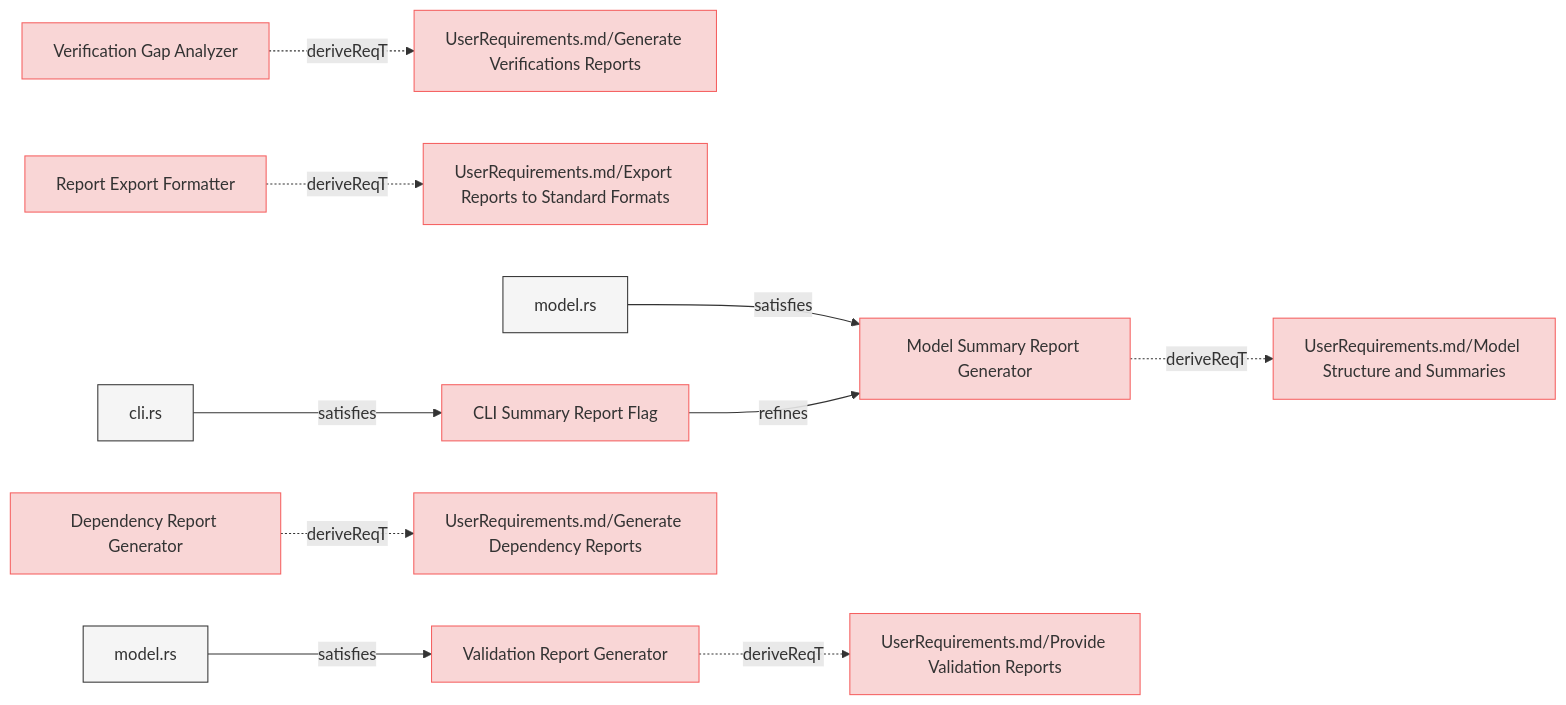
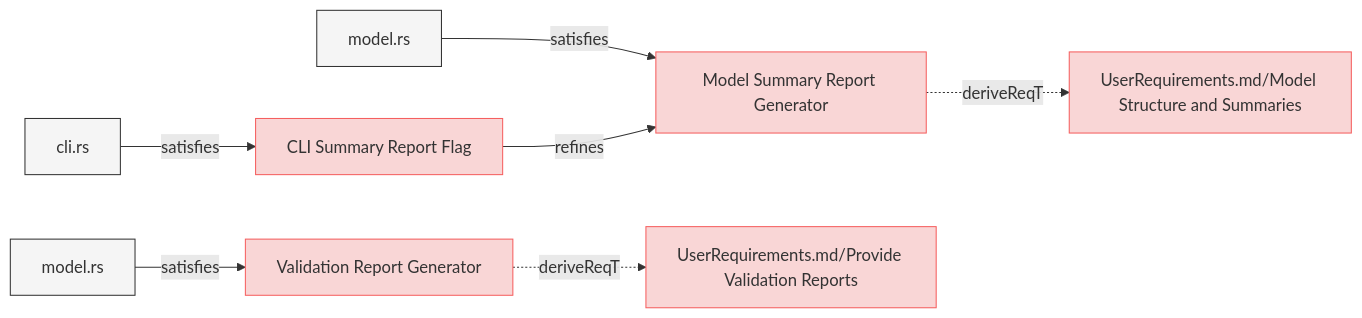
One commit to reqvire-org/reqvire changed the eighth of 8 diagrams in specifications/SystemRequirements/Requirements.md. Above: the diagram before and after it, drawn with Mermaid. The commit also changed other lines of this file and 17 other files, not shown here.

First line of the commit message:
Enhance diagram links with stable git repository URLs

````diff
--- a/specifications/SystemRequirements/Requirements.md
+++ b/specifications/SystemRequirements/Requirements.md
@@ -1019,60 +1027,39 @@
 ```mermaid
 graph LR;
   %% Graph styling
   classDef requirement fill:#f9d6d6,stroke:#f55f5f,stroke-width:1px;
   classDef verification fill:#d6f9d6,stroke:#5fd75f,stroke-width:1px;
   classDef externalLink fill:#d0e0ff,stroke:#3080ff,stroke-width:1px;
   classDef default fill:#f5f5f5,stroke:#333333,stroke-width:1px;
 
-  d842bc0e30a46408["Verification Gap Analyzer"];
-  click d842bc0e30a46408 "Requirements.md#verification-gap-analyzer";
-  class d842bc0e30a46408 requirement;
-  d0e9e8d143493413["UserRequirements.md/Generate Verifications Reports"];
-  class d0e9e8d143493413 requirement;
-  click d0e9e8d143493413 "../UserRequirements.md#generate-verifications-reports";
-  d842bc0e30a46408 -.->|deriveReqT| d0e9e8d143493413;
-  2ccb7e551054d40a["Report Export Formatter"];
-  click 2ccb7e551054d40a "Requirements.md#report-export-formatter";
-  class 2ccb7e551054d40a requirement;
-  2afa7f3a206a61b7["UserRequirements.md/Export Reports to Standard Formats"];
-  class 2afa7f3a206a61b7 requirement;
-  click 2afa7f3a206a61b7 "../UserRequirements.md#export-reports-to-standard-formats";
-  2ccb7e551054d40a -.->|deriveReqT| 2afa7f3a206a61b7;
   cccd4e46e2b3239a["Model Summary Report Generator"];
-  click cccd4e46e2b3239a "Requirements.md#model-summary-report-generator";
+  click cccd4e46e2b3239a "https://github.com/ilijaljubicic/ReqFlow/blob/a94231473c9a4a56fe21608ebd13787e0cc3f2dc/specifications/SystemRequirements/Requirements.md#model-summary-report-generator";
   class cccd4e46e2b3239a requirement;
   b342220e0dc8751d["UserRequirements.md/Model Structure and Summaries"];
   class b342220e0dc8751d requirement;
-  click b342220e0dc8751d "../UserRequirements.md#model-structure-and-summaries";
+  click b342220e0dc8751d "https://github.com/ilijaljubicic/ReqFlow/blob/a94231473c9a4a56fe21608ebd13787e0cc3f2dc/specifications/UserRequirements.md#model-structure-and-summaries";
   cccd4e46e2b3239a -.->|deriveReqT| b342220e0dc8751d;
   6292255058880ee6["model.rs"];
   class 6292255058880ee6 default;
-  click 6292255058880ee6 "../../core/src/reports.rs";
+  click 6292255058880ee6 "https://github.com/ilijaljubicic/ReqFlow/blob/a94231473c9a4a56fe21608ebd13787e0cc3f2dc/core/src/reports.rs";
   6292255058880ee6 -->|satisfies| cccd4e46e2b3239a;
   6f86272134897867["CLI Summary Report Flag"];
-  click 6f86272134897867 "Requirements.md#cli-summary-report-flag";
+  click 6f86272134897867 "https://github.com/ilijaljubicic/ReqFlow/blob/a94231473c9a4a56fe21608ebd13787e0cc3f2dc/specifications/SystemRequirements/Requirements.md#cli-summary-report-flag";
   class 6f86272134897867 requirement;
   6f86272134897867 -->|refines| cccd4e46e2b3239a;
   11ffc4632afd7c4c["cli.rs"];
   class 11ffc4632afd7c4c default;
-  click 11ffc4632afd7c4c "../../cli/src/cli.rs";
+  click 11ffc4632afd7c4c "https://github.com/ilijaljubicic/ReqFlow/blob/a94231473c9a4a56fe21608ebd13787e0cc3f2dc/cli/src/cli.rs";
   11ffc4632afd7c4c -->|satisfies| 6f86272134897867;
-  57cbef16c5d7a81d["Dependency Report Generator"];
-  click 57cbef16c5d7a81d "Requirements.md#dependency-report-generator";
-  class 57cbef16c5d7a81d requirement;
-  812d42f453051272["UserRequirements.md/Generate Dependency Reports"];
-  class 812d42f453051272 requirement;
-  click 812d42f453051272 "../UserRequirements.md#generate-dependency-reports";
-  57cbef16c5d7a81d -.->|deriveReqT| 812d42f453051272;
   143766be8cc41384["Validation Report Generator"];
-  click 143766be8cc41384 "Requirements.md#validation-report-generator";
+  click 143766be8cc41384 "https://github.com/ilijaljubicic/ReqFlow/blob/a94231473c9a4a56fe21608ebd13787e0cc3f2dc/specifications/SystemRequirements/Requirements.md#validation-report-generator";
   class 143766be8cc41384 requirement;
   482c757913204fb8["UserRequirements.md/Provide Validation Reports"];
   class 482c757913204fb8 requirement;
-  click 482c757913204fb8 "../UserRequirements.md#provide-validation-reports";
+  click 482c757913204fb8 "https://github.com/ilijaljubicic/ReqFlow/blob/a94231473c9a4a56fe21608ebd13787e0cc3f2dc/specifications/UserRequirements.md#provide-validation-reports";
   143766be8cc41384 -.->|deriveReqT| 482c757913204fb8;
   6136c216c9f80165["model.rs"];
   class 6136c216c9f80165 default;
-  click 6136c216c9f80165 "../../core/src/model.rs";
+  click 6136c216c9f80165 "https://github.com/ilijaljubicic/ReqFlow/blob/a94231473c9a4a56fe21608ebd13787e0cc3f2dc/core/src/model.rs";
   6136c216c9f80165 -->|satisfies| 143766be8cc41384;
 ```
````
